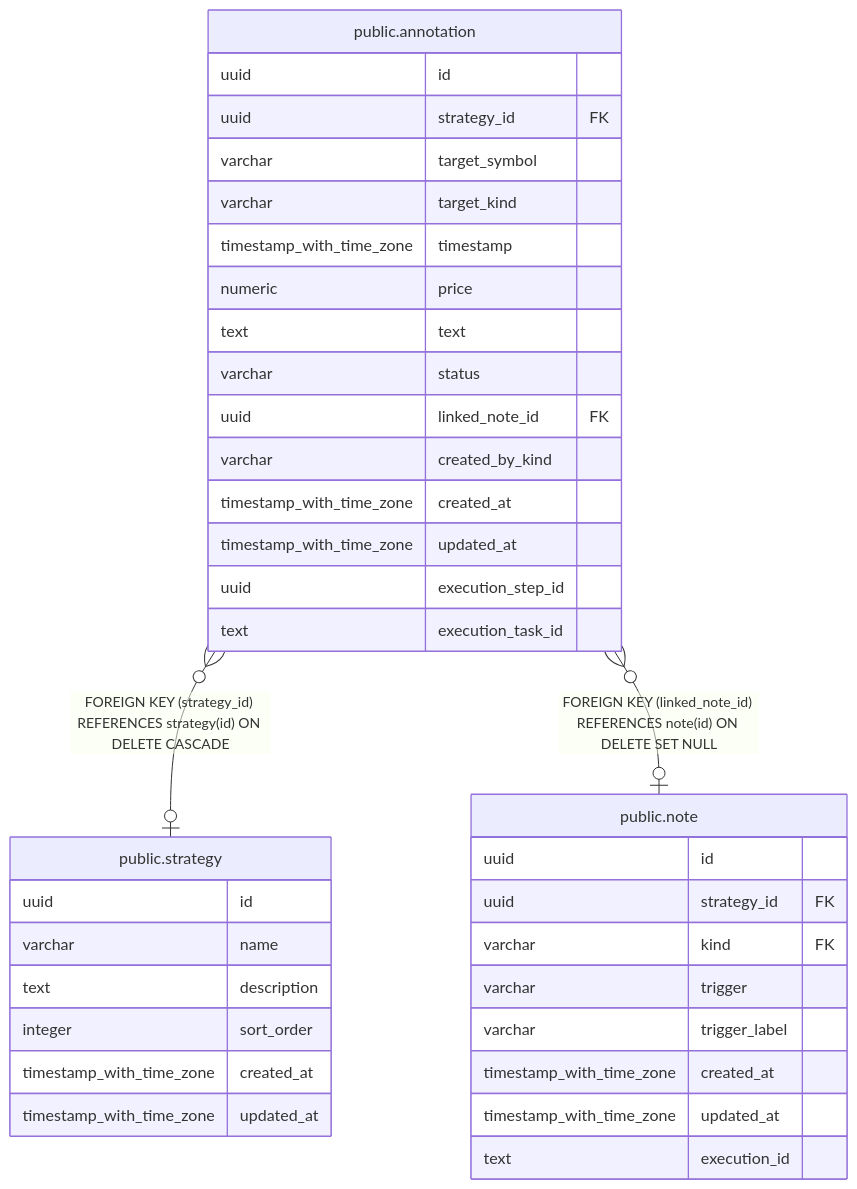
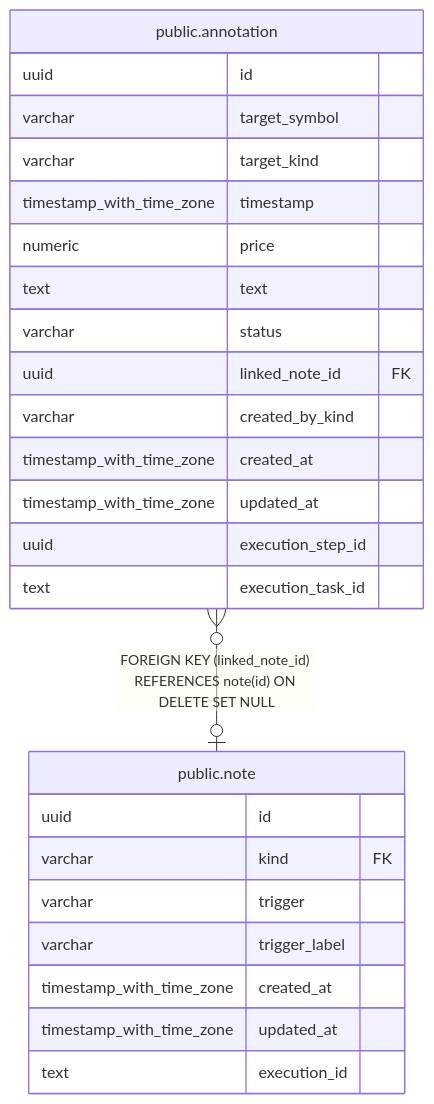
The diagram in backend/docs/db/public.annotation.md (fohte/t-rader), drawn with Mermaid before and after one commit. The commit also changed other lines of this file and 110 other files, not shown here.

````diff
--- a/backend/docs/db/public.annotation.md
+++ b/backend/docs/db/public.annotation.md
@@ -49,41 +45,30 @@
 ```mermaid
 erDiagram
 
-"public.annotation" }o--o| "public.strategy" : "FOREIGN KEY (strategy_id) REFERENCES strategy(id) ON DELETE CASCADE"
 "public.annotation" }o--o| "public.note" : "FOREIGN KEY (linked_note_id) REFERENCES note(id) ON DELETE SET NULL"
 
 "public.annotation" {
   uuid id
-  uuid strategy_id FK
   varchar target_symbol
   varchar target_kind
   timestamp_with_time_zone timestamp
   numeric price
   text text
   varchar status
   uuid linked_note_id FK
   varchar created_by_kind
   timestamp_with_time_zone created_at
   timestamp_with_time_zone updated_at
   uuid execution_step_id
   text execution_task_id
 }
-"public.strategy" {
-  uuid id
-  varchar name
-  text description
-  integer sort_order
-  timestamp_with_time_zone created_at
-  timestamp_with_time_zone updated_at
-}
 "public.note" {
   uuid id
-  uuid strategy_id FK
   varchar kind FK
   varchar trigger
   varchar trigger_label
   timestamp_with_time_zone created_at
   timestamp_with_time_zone updated_at
   text execution_id
 }
 ```
````
